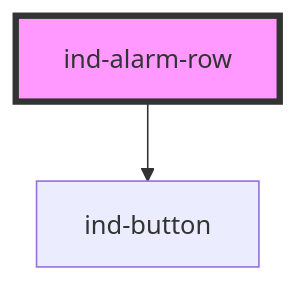
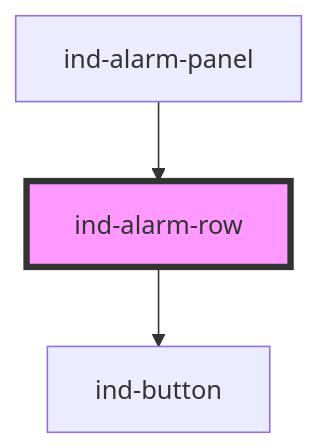
One commit to christophe77/in-ds changed the diagram in packages/core/src/components/molecules/alarm-row/readme.md. Above: the diagram before and after it, drawn with Mermaid. The commit also changed other lines of this file and 106 other files, not shown here.

````diff
--- a/packages/core/src/components/molecules/alarm-row/readme.md
+++ b/packages/core/src/components/molecules/alarm-row/readme.md
@@ -50,5 +54,6 @@
 ```mermaid
 graph TD;
   ind-alarm-row --> ind-button
+  ind-alarm-panel --> ind-alarm-row
   style ind-alarm-row fill:#f9f,stroke:#333,stroke-width:4px
 ```
````
